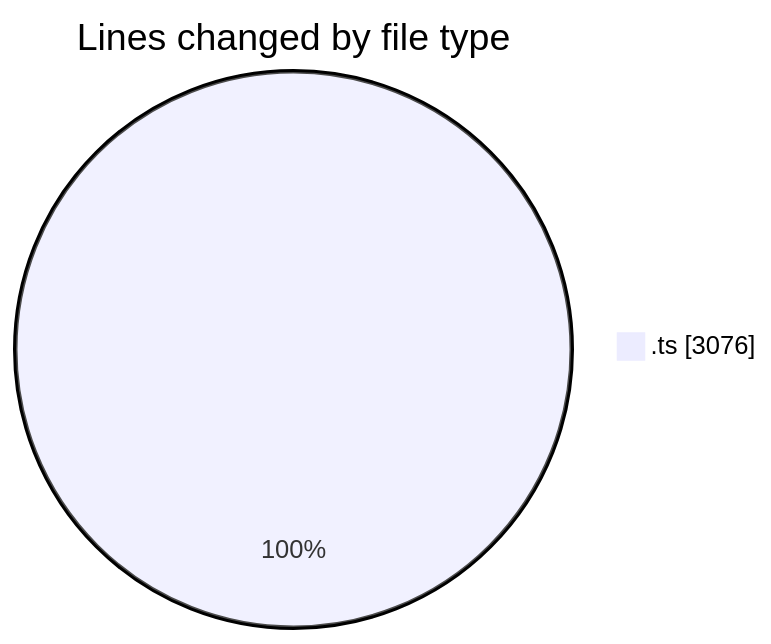
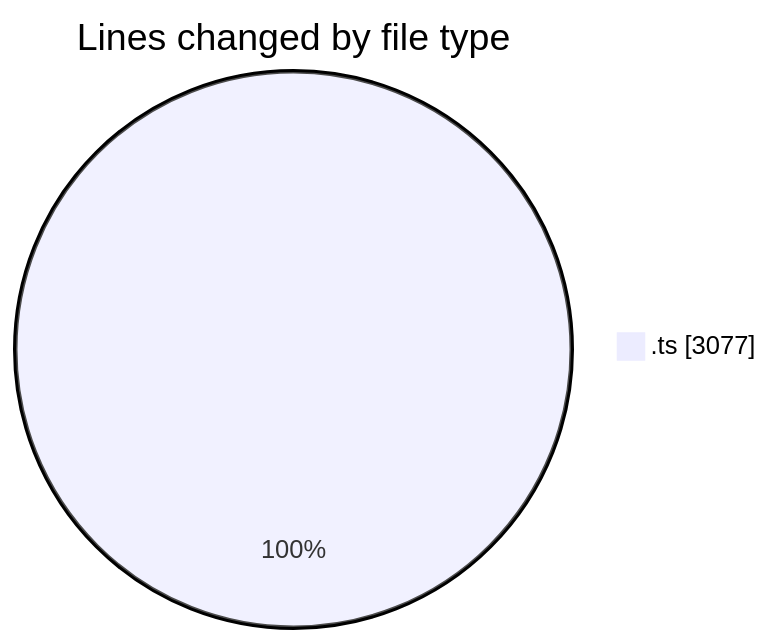
Before and after one commit to momahboobian/code-tracking: the first of 2 diagrams in 2025-06-27/cda/README.md, drawn with Mermaid. The commit also changed other lines of this file and 1 other file, not shown here.

````diff
--- a/2025-06-27/cda/README.md
+++ b/2025-06-27/cda/README.md
@@ -26,5 +26,5 @@
 ```mermaid
 pie showData
 title Lines changed by file type
-".ts" : 3076
+".ts" : 3077
 ```
````
